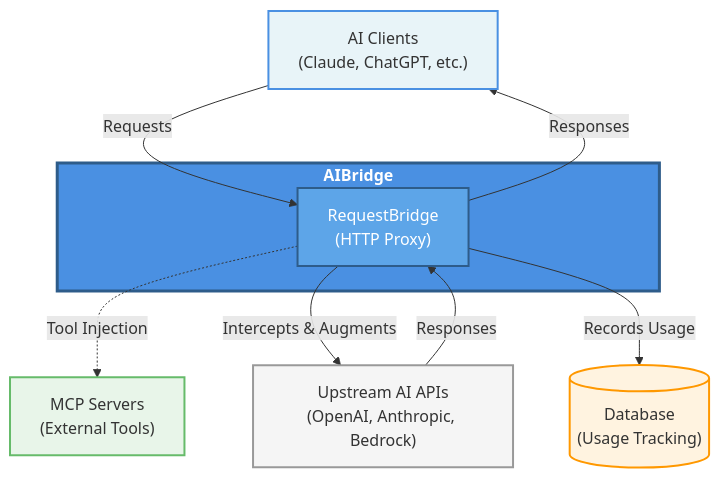
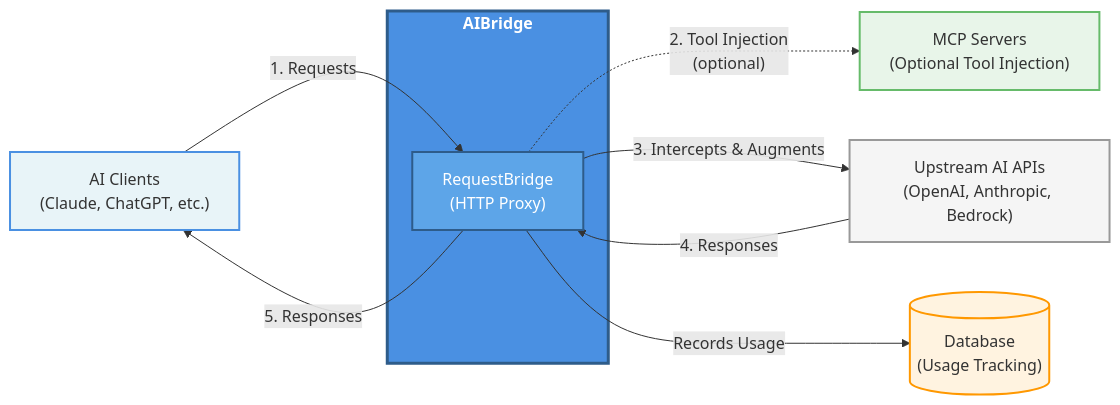
One commit to coder/aibridge changed the diagram in README.md. Above: the diagram before and after it, drawn with Mermaid.

Commit message:
Show linear flow: Bridge intercepts, optionally injects tools, then calls APIs

````diff
--- a/README.md
+++ b/README.md
@@ -20,26 +20,26 @@
 ```mermaid
-graph TB
+graph LR
     Client["AI Clients<br/>(Claude, ChatGPT, etc.)"]
     
     subgraph aibridge["<b>AIBridge</b>"]
         Bridge["RequestBridge<br/>(HTTP Proxy)"]
     end
     
+    MCP["MCP Servers<br/>(Optional Tool Injection)"]
     APIs["Upstream AI APIs<br/>(OpenAI, Anthropic, Bedrock)"]
-    MCP["MCP Servers<br/>(External Tools)"]
     DB[("Database<br/>(Usage Tracking)")]
     
-    Client -->|"Requests"| Bridge
-    Bridge -.->|"Tool Injection"| MCP
-    Bridge -->|"Intercepts & Augments"| APIs
+    Client -->|"1. Requests"| Bridge
+    Bridge -.->|"2. Tool Injection<br/>(optional)"| MCP
+    Bridge -->|"3. Intercepts & Augments"| APIs
     Bridge -->|"Records Usage"| DB
-    APIs -->|"Responses"| Bridge
-    Bridge -->|"Responses"| Client
+    APIs -->|"4. Responses"| Bridge
+    Bridge -->|"5. Responses"| Client
     
     style aibridge fill:#4A90E2,stroke:#2E5C8A,stroke-width:3px,color:#fff
     style Bridge fill:#5DA5E8,stroke:#2E5C8A,stroke-width:2px,color:#fff
     style Client fill:#E8F4F8,stroke:#4A90E2,stroke-width:2px
     style APIs fill:#F5F5F5,stroke:#999,stroke-width:2px
     style MCP fill:#E8F5E9,stroke:#66BB6A,stroke-width:2px
     style DB fill:#FFF3E0,stroke:#FF9800,stroke-width:2px
 ```
````
